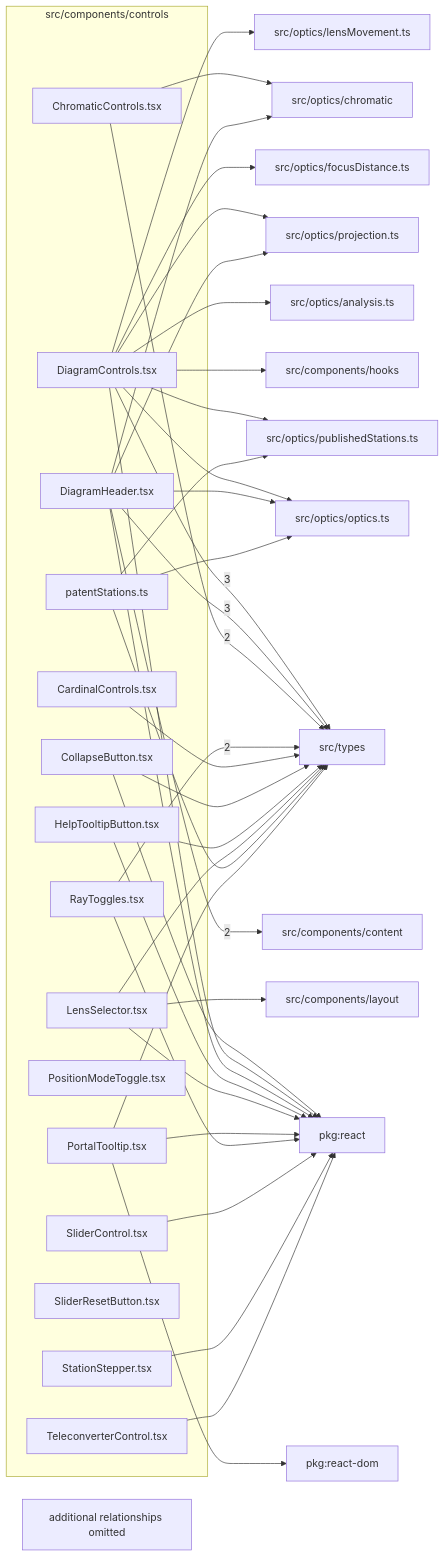
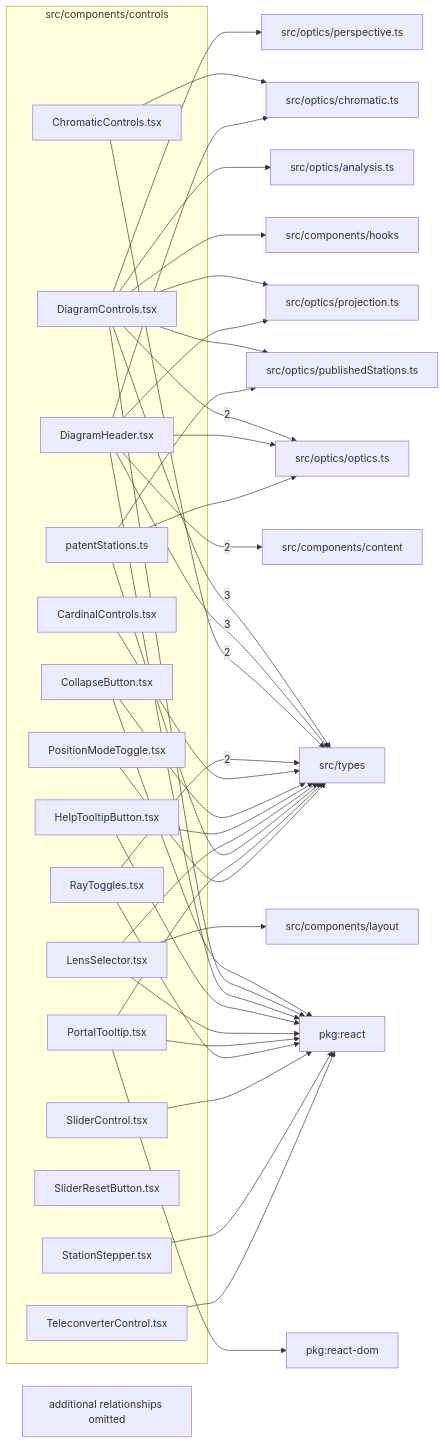
Before and after one commit to ronbuening/LensVisualizer: the diagram in src/components/controls/readme.md, drawn with Mermaid. The commit also changed other lines of this file and 439 other files, not shown here.

````diff
--- a/src/components/controls/readme.md
+++ b/src/components/controls/readme.md
@@ -9,70 +9,69 @@
 ```mermaid
 flowchart LR
   subgraph n_src_components_controls["src/components/controls"]
     n_src_components_controls_src_components_controls_CardinalControls_tsx["CardinalControls.tsx"]
     n_src_components_controls_src_components_controls_ChromaticControls_tsx["ChromaticControls.tsx"]
     n_src_components_controls_src_components_controls_CollapseButton_tsx["CollapseButton.tsx"]
     n_src_components_controls_src_components_controls_DiagramControls_tsx["DiagramControls.tsx"]
     n_src_components_controls_src_components_controls_DiagramHeader_tsx["DiagramHeader.tsx"]
     n_src_components_controls_src_components_controls_HelpTooltipButton_tsx["HelpTooltipButton.tsx"]
     n_src_components_controls_src_components_controls_LensSelector_tsx["LensSelector.tsx"]
     n_src_components_controls_src_components_controls_patentStations_ts["patentStations.ts"]
     n_src_components_controls_src_components_controls_PortalTooltip_tsx["PortalTooltip.tsx"]
     n_src_components_controls_src_components_controls_PositionModeToggle_tsx["PositionModeToggle.tsx"]
     n_src_components_controls_src_components_controls_RayToggles_tsx["RayToggles.tsx"]
     n_src_components_controls_src_components_controls_SliderControl_tsx["SliderControl.tsx"]
     n_src_components_controls_src_components_controls_SliderResetButton_tsx["SliderResetButton.tsx"]
     n_src_components_controls_src_components_controls_StationStepper_tsx["StationStepper.tsx"]
     n_src_components_controls_src_components_controls_TeleconverterControl_tsx["TeleconverterControl.tsx"]
   end
   n_external_src_types["src/types"]
   n_external_src_components_content["src/components/content"]
+  n_external_src_optics_optics_ts["src/optics/optics.ts"]
   n_external_pkg_react["pkg:react"]
   n_external_pkg_react_dom["pkg:react-dom"]
   n_external_src_components_hooks["src/components/hooks"]
   n_external_src_components_layout["src/components/layout"]
   n_external_src_optics_analysis_ts["src/optics/analysis.ts"]
-  n_external_src_optics_chromatic["src/optics/chromatic"]
-  n_external_src_optics_focusDistance_ts["src/optics/focusDistance.ts"]
-  n_external_src_optics_lensMovement_ts["src/optics/lensMovement.ts"]
-  n_external_src_optics_optics_ts["src/optics/optics.ts"]
+  n_external_src_optics_chromatic_ts["src/optics/chromatic.ts"]
+  n_external_src_optics_perspective_ts["src/optics/perspective.ts"]
   n_external_src_optics_projection_ts["src/optics/projection.ts"]
   n_external_src_optics_publishedStations_ts["src/optics/publishedStations.ts"]
   n_src_components_controls_src_components_controls_DiagramControls_tsx --> |3| n_external_src_types
   n_src_components_controls_src_components_controls_DiagramHeader_tsx --> |3| n_external_src_types
   n_src_components_controls_src_components_controls_DiagramHeader_tsx --> |2| n_external_src_components_content
+  n_src_components_controls_src_components_controls_DiagramControls_tsx --> |2| n_external_src_optics_optics_ts
   n_src_components_controls_src_components_controls_ChromaticControls_tsx --> |2| n_external_src_types
   n_src_components_controls_src_components_controls_RayToggles_tsx --> |2| n_external_src_types
   n_src_components_controls_src_components_controls_CollapseButton_tsx --> n_external_pkg_react
   n_src_components_controls_src_components_controls_DiagramControls_tsx --> n_external_pkg_react
   n_src_components_controls_src_components_controls_DiagramHeader_tsx --> n_external_pkg_react
   n_src_components_controls_src_components_controls_HelpTooltipButton_tsx --> n_external_pkg_react
   n_src_components_controls_src_components_controls_LensSelector_tsx --> n_external_pkg_react
   n_src_components_controls_src_components_controls_PortalTooltip_tsx --> n_external_pkg_react
   n_src_components_controls_src_components_controls_RayToggles_tsx --> n_external_pkg_react
   n_src_components_controls_src_components_controls_SliderControl_tsx --> n_external_pkg_react
   n_src_components_controls_src_components_controls_StationStepper_tsx --> n_external_pkg_react
   n_src_components_controls_src_components_controls_TeleconverterControl_tsx --> n_external_pkg_react
   n_src_components_controls_src_components_controls_PortalTooltip_tsx --> n_external_pkg_react_dom
   n_src_components_controls_src_components_controls_DiagramControls_tsx --> n_external_src_components_hooks
   n_src_components_controls_src_components_controls_LensSelector_tsx --> n_external_src_components_layout
   n_src_components_controls_src_components_controls_DiagramControls_tsx --> n_external_src_optics_analysis_ts
-  n_src_components_controls_src_components_controls_ChromaticControls_tsx --> n_external_src_optics_chromatic
-  n_src_components_controls_src_components_controls_DiagramHeader_tsx --> n_external_src_optics_chromatic
-  n_src_components_controls_src_components_controls_DiagramControls_tsx --> n_external_src_optics_focusDistance_ts
-  n_src_components_controls_src_components_controls_DiagramControls_tsx --> n_external_src_optics_lensMovement_ts
-  n_src_components_controls_src_components_controls_DiagramControls_tsx --> n_external_src_optics_optics_ts
+  n_src_components_controls_src_components_controls_ChromaticControls_tsx --> n_external_src_optics_chromatic_ts
+  n_src_components_controls_src_components_controls_DiagramHeader_tsx --> n_external_src_optics_chromatic_ts
   n_src_components_controls_src_components_controls_DiagramHeader_tsx --> n_external_src_optics_optics_ts
   n_src_components_controls_src_components_controls_patentStations_ts --> n_external_src_optics_optics_ts
+  n_src_components_controls_src_components_controls_DiagramControls_tsx --> n_external_src_optics_perspective_ts
   n_src_components_controls_src_components_controls_DiagramControls_tsx --> n_external_src_optics_projection_ts
   n_src_components_controls_src_components_controls_DiagramHeader_tsx --> n_external_src_optics_projection_ts
   n_src_components_controls_src_components_controls_DiagramControls_tsx --> n_external_src_optics_publishedStations_ts
   n_src_components_controls_src_components_controls_patentStations_ts --> n_external_src_optics_publishedStations_ts
   n_src_components_controls_src_components_controls_CardinalControls_tsx --> n_external_src_types
   n_src_components_controls_src_components_controls_CollapseButton_tsx --> n_external_src_types
   n_src_components_controls_src_components_controls_HelpTooltipButton_tsx --> n_external_src_types
   n_src_components_controls_src_components_controls_LensSelector_tsx --> n_external_src_types
   n_src_components_controls_src_components_controls_patentStations_ts --> n_external_src_types
   n_src_components_controls_src_components_controls_PortalTooltip_tsx --> n_external_src_types
+  n_src_components_controls_src_components_controls_PositionModeToggle_tsx --> n_external_src_types
   n_src_components_controls_truncated["additional relationships omitted"]
 ```
````
